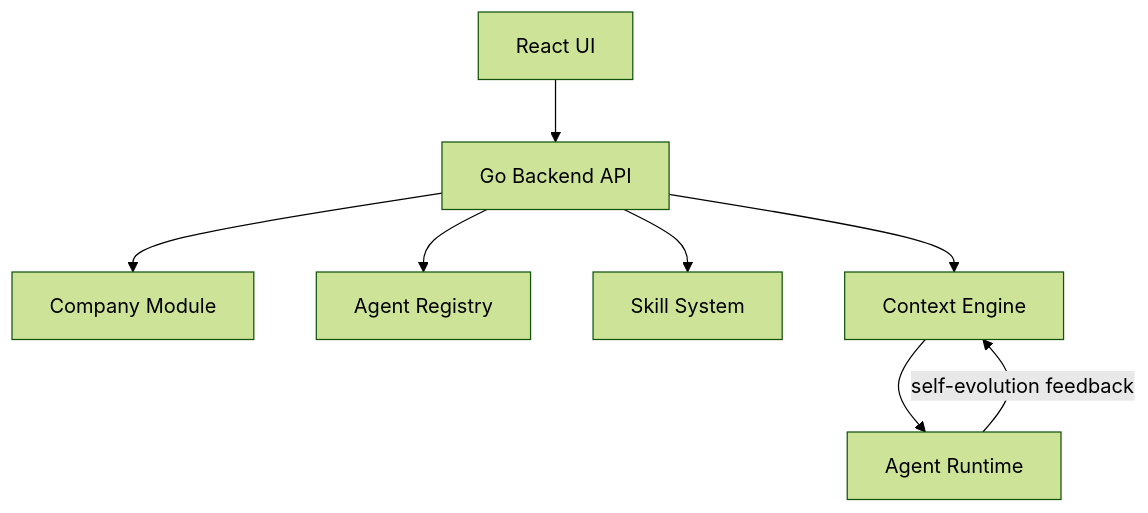
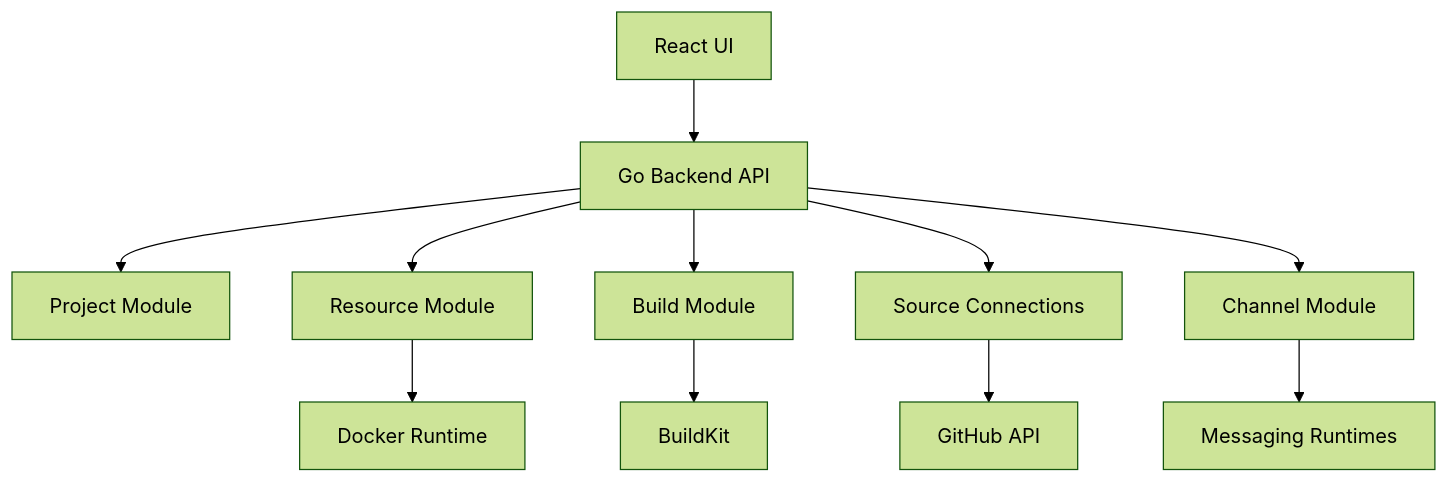
One commit to OpenViCloud/tango changed the first of 6 diagrams in roadmap/ARCHITECTURE.md. Above: the diagram before and after it, drawn with Mermaid (forest theme). The commit also changed other lines of this file and 2 other files, not shown here.

````diff
--- a/roadmap/ARCHITECTURE.md
+++ b/roadmap/ARCHITECTURE.md
@@ -30,10 +11,13 @@
 ```mermaid
 graph TD
     UI[React UI] --> API[Go Backend API]
-    API --> CM[Company Module]
-    API --> AM[Agent Registry]
-    API --> SM[Skill System]
-    API --> CE[Context Engine]
-    CE --> AR[Agent Runtime]
-    AR -->|self-evolution feedback| CE
+    API --> PM[Project Module]
+    API --> RM[Resource Module]
+    API --> BM[Build Module]
+    API --> SC[Source Connections]
+    API --> CH[Channel Module]
+    RM --> DR[Docker Runtime]
+    BM --> BK[BuildKit]
+    SC --> GH[GitHub API]
+    CH --> MS[Messaging Runtimes]
 ```
````
